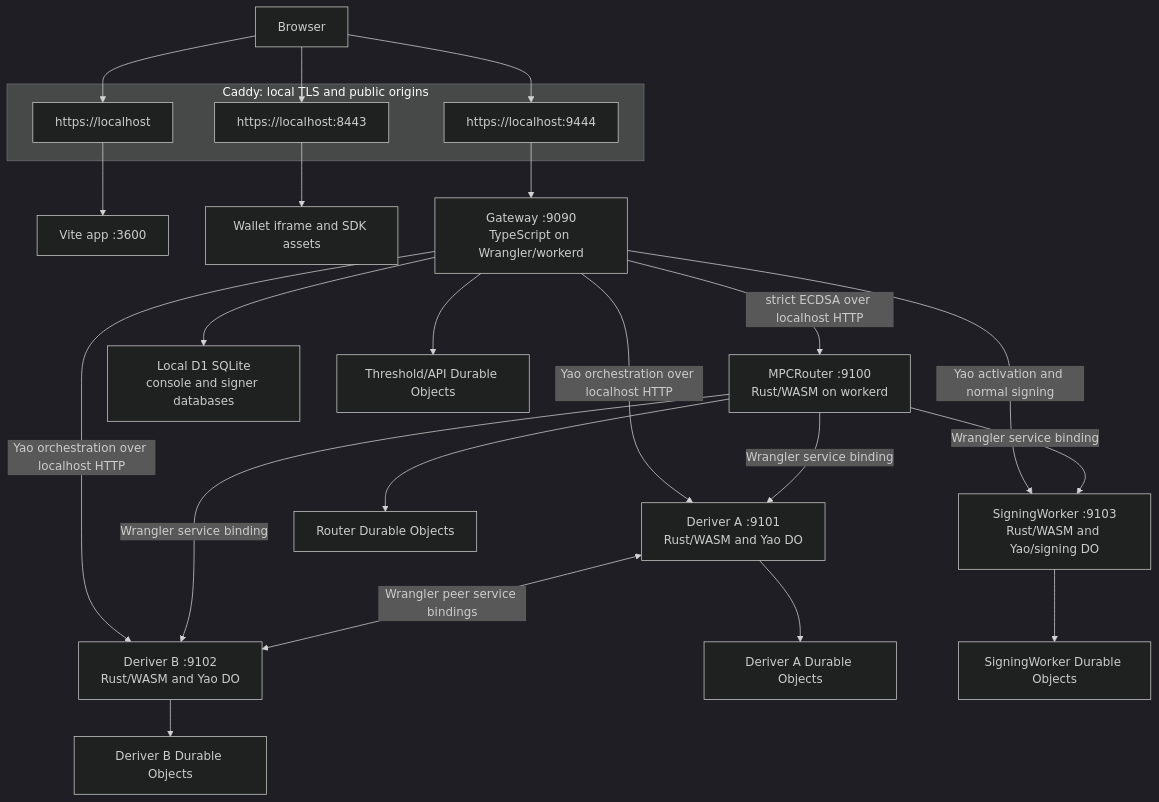
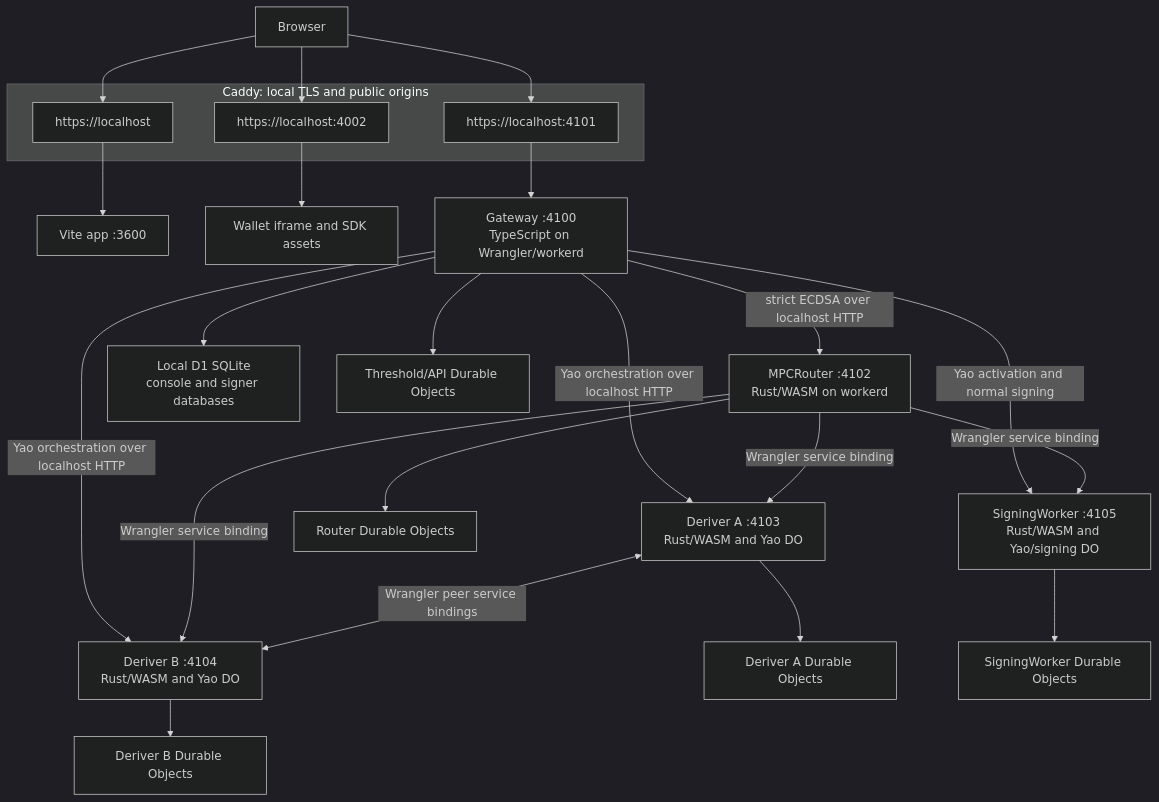
One commit to seams-tech/seams-sdk changed the diagram in docs/router-ab/ed25519-yao/local-development.md. Above: the diagram before and after it, drawn with Mermaid (dark theme). The commit also changed other lines of this file and 43 other files, not shown here.

````diff
--- a/docs/router-ab/ed25519-yao/local-development.md
+++ b/docs/router-ab/ed25519-yao/local-development.md
@@ -35,51 +35,51 @@
 ```mermaid
 flowchart TB
   Browser["Browser"]
 
   subgraph Caddy["Caddy: local TLS and public origins"]
     AppIngress["https://localhost"]
-    WalletIngress["https://localhost:8443"]
-    ApiIngress["https://localhost:9444"]
+    WalletIngress["https://localhost:4002"]
+    ApiIngress["https://localhost:4101"]
   end
 
   App["Vite app :3600"]
   Wallet["Wallet iframe and SDK assets"]
-  Api["Gateway :9090<br/>TypeScript on Wrangler/workerd"]
+  Api["Gateway :4100<br/>TypeScript on Wrangler/workerd"]
 
-  Router["MPCRouter :9100<br/>Rust/WASM on workerd"]
-  A["Deriver A :9101<br/>Rust/WASM and Yao DO"]
-  B["Deriver B :9102<br/>Rust/WASM and Yao DO"]
-  Signing["SigningWorker :9103<br/>Rust/WASM and Yao/signing DO"]
+  Router["MPCRouter :4102<br/>Rust/WASM on workerd"]
+  A["Deriver A :4103<br/>Rust/WASM and Yao DO"]
+  B["Deriver B :4104<br/>Rust/WASM and Yao DO"]
+  Signing["SigningWorker :4105<br/>Rust/WASM and Yao/signing DO"]
 
   D1["Local D1 SQLite<br/>console and signer databases"]
   ApiDO["Threshold/API Durable Objects"]
   RouterDO["Router Durable Objects"]
   ADO["Deriver A Durable Objects"]
   BDO["Deriver B Durable Objects"]
   SigningDO["SigningWorker Durable Objects"]
 
   Browser --> AppIngress
   Browser --> WalletIngress
   Browser --> ApiIngress
 
   AppIngress --> App
   WalletIngress --> Wallet
   ApiIngress --> Api
 
   Api -->|"strict ECDSA over localhost HTTP"| Router
   Api -->|"Yao orchestration over localhost HTTP"| A
   Api -->|"Yao orchestration over localhost HTTP"| B
   Api -->|"Yao activation and normal signing"| Signing
 
   Router -->|"Wrangler service binding"| A
   Router -->|"Wrangler service binding"| B
   Router -->|"Wrangler service binding"| Signing
   A <-->|"Wrangler peer service bindings"| B
 
   Api --> D1
   Api --> ApiDO
   Router --> RouterDO
   A --> ADO
   B --> BDO
   Signing --> SigningDO
 ```
````
